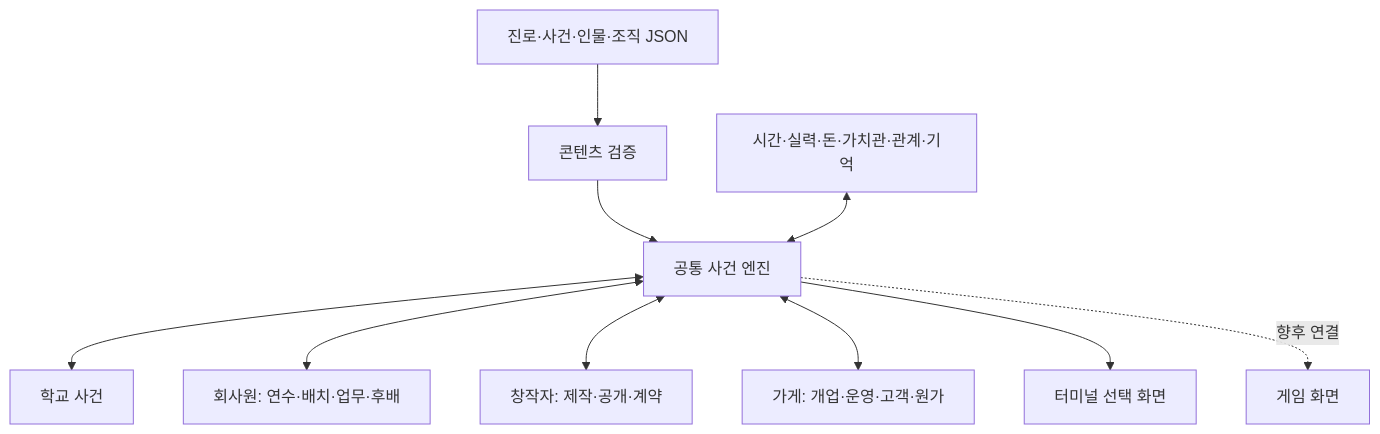
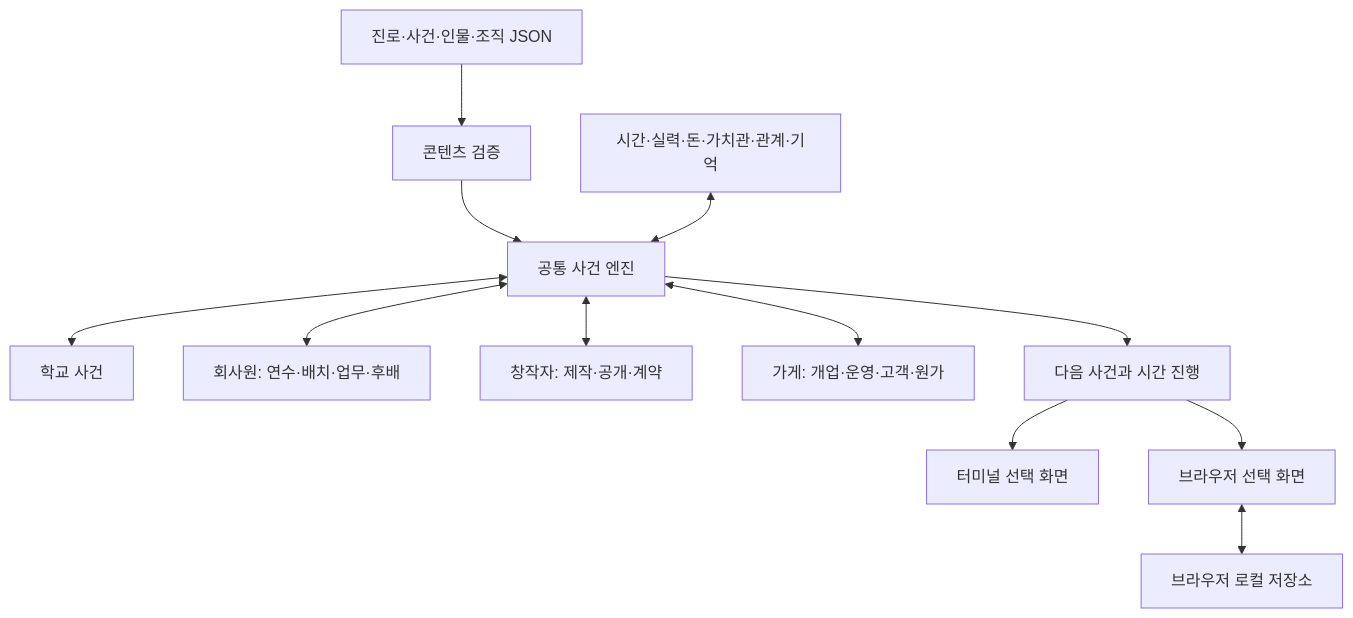
Before and after one commit to Deeose/create-gmae: the diagram in docs/architecture.md, drawn with Mermaid. The commit also changed other lines of this file and 16 other files, not shown here.

````diff
--- a/docs/architecture.md
+++ b/docs/architecture.md
@@ -7,12 +7,14 @@
 ```mermaid
 flowchart TD
     data[진로·사건·인물·조직 JSON] --> validate[콘텐츠 검증]
     validate --> core[공통 사건 엔진]
     state[시간·실력·돈·가치관·관계·기억] <--> core
     core <--> school[학교 사건]
     core <--> employee[회사원: 연수·배치·업무·후배]
     core <--> creator[창작자: 제작·공개·계약]
     core <--> owner[가게: 개업·운영·고객·원가]
-    core --> cli[터미널 선택 화면]
-    core -. 향후 연결 .-> web[게임 화면]
+    core --> session[다음 사건과 시간 진행]
+    session --> cli[터미널 선택 화면]
+    session --> web[브라우저 선택 화면]
+    web <--> storage[브라우저 로컬 저장소]
 ```
````
